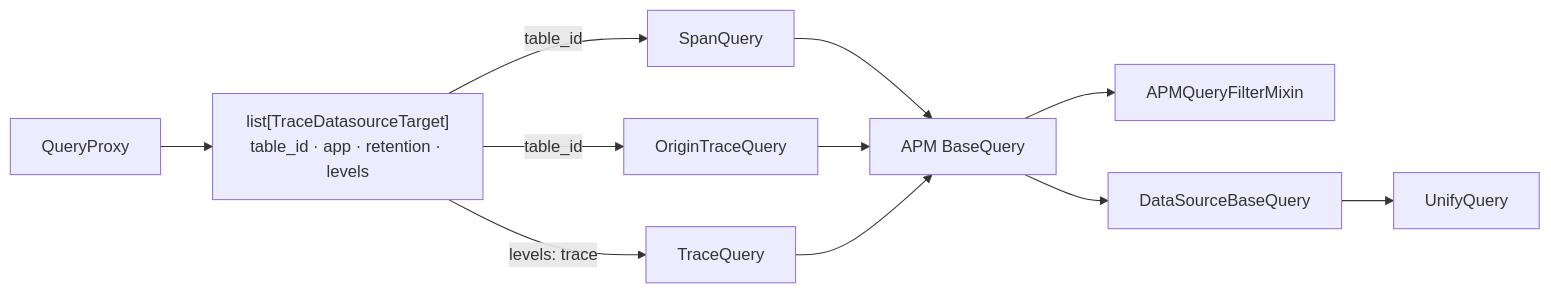
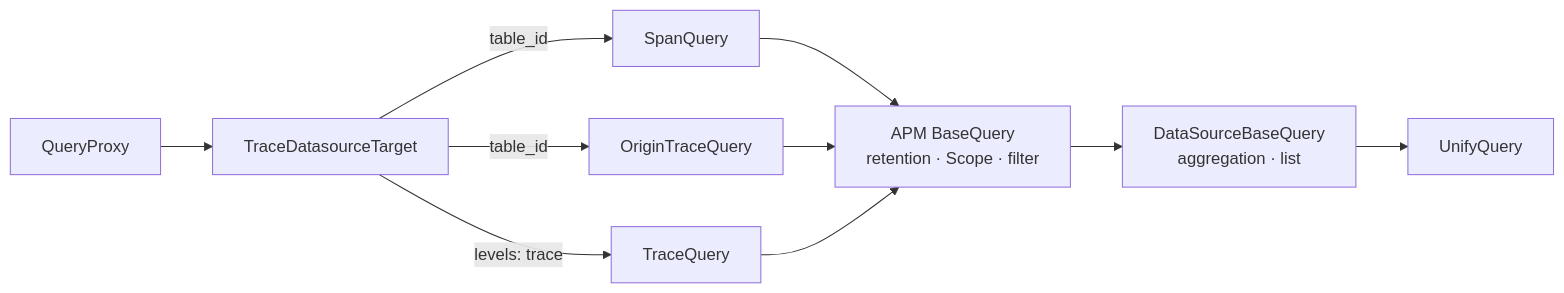
The third of 4 diagrams in knowledge/bkmonitor/issues/2026-08-07-rum-unified-query/PLAN.md (ZhuoZhuoCrayon/ai-workspace), drawn with Mermaid before and after one commit. The commit also changed other lines of this file and 3 other files, not shown here.

````diff
--- a/knowledge/bkmonitor/issues/2026-08-07-rum-unified-query/PLAN.md
+++ b/knowledge/bkmonitor/issues/2026-08-07-rum-unified-query/PLAN.md
@@ -147,14 +147,13 @@
 ```mermaid
 flowchart LR
-    Proxy["QueryProxy"] --> Target["list[TraceDatasourceTarget]<br/>table_id · app · retention · levels"]
+    Proxy["QueryProxy"] --> Target["TraceDatasourceTarget"]
     Target -- "table_id" --> Span["SpanQuery"]
     Target -- "table_id" --> Origin["OriginTraceQuery"]
     Target -- "levels: trace" --> Trace["TraceQuery"]
 
-    Span --> APMBase["APM BaseQuery"]
+    Span --> APMBase["APM BaseQuery<br/>retention · Scope · filter"]
     Origin --> APMBase
     Trace --> APMBase
-    APMBase --> Filter["APMQueryFilterMixin"]
-    APMBase --> DataSourceBase["DataSourceBaseQuery"]
+    APMBase --> DataSourceBase["DataSourceBaseQuery<br/>aggregation · list"]
     DataSourceBase --> UQ["UnifyQuery"]
 ```
````
